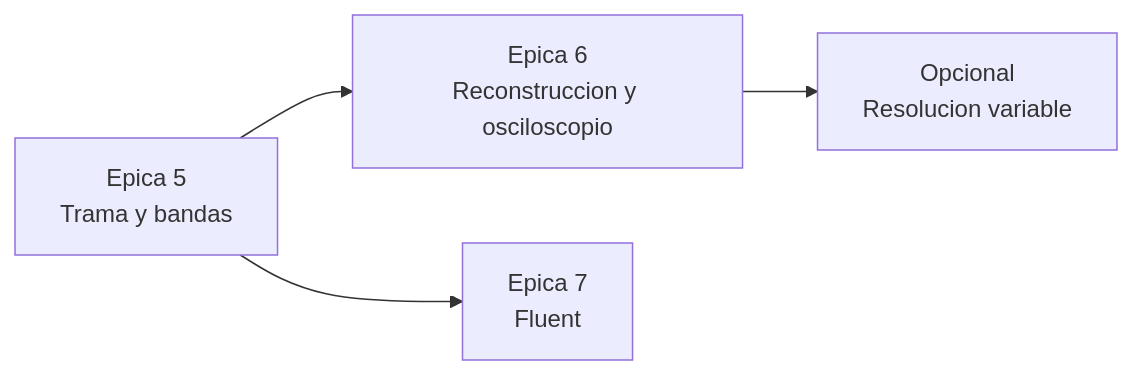
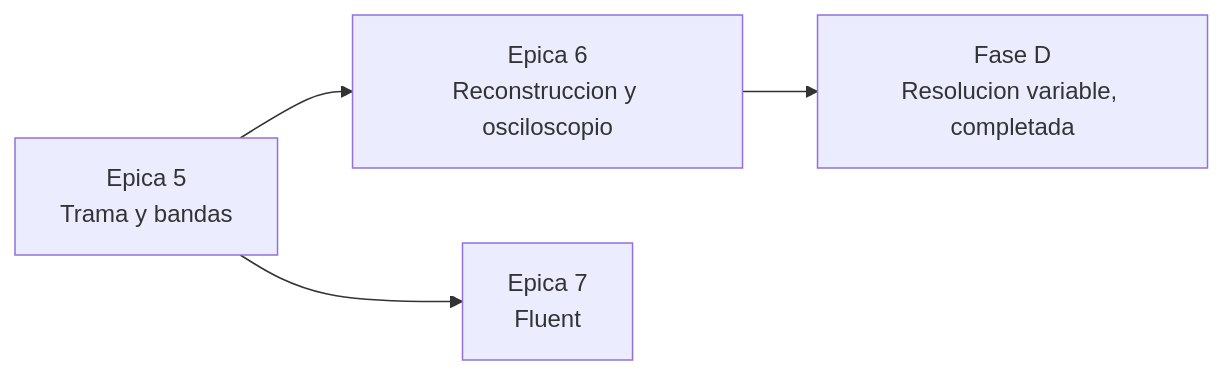
One commit to mrln-trrs/audio-visualizer changed the diagram in docs/04_kanban_bdd.md. Above: the diagram before and after it, drawn with Mermaid. The commit also changed other lines of this file and 21 other files, not shown here.

````diff
--- a/docs/04_kanban_bdd.md
+++ b/docs/04_kanban_bdd.md
@@ -282,6 +282,6 @@
 ```mermaid
 flowchart LR
     E5[Epica 5<br/>Trama y bandas] --> E6[Epica 6<br/>Reconstruccion y osciloscopio]
     E5 --> E7[Epica 7<br/>Fluent]
-    E6 --> CQT[Opcional<br/>Resolucion variable]
+    E6 --> CQT[Fase D<br/>Resolucion variable, completada]
 ```
````
